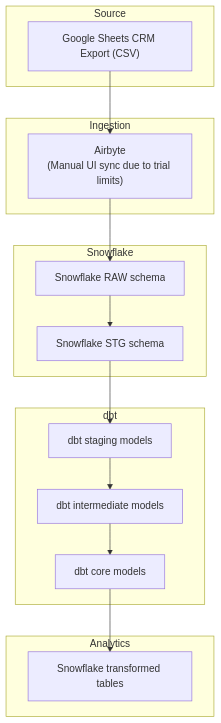
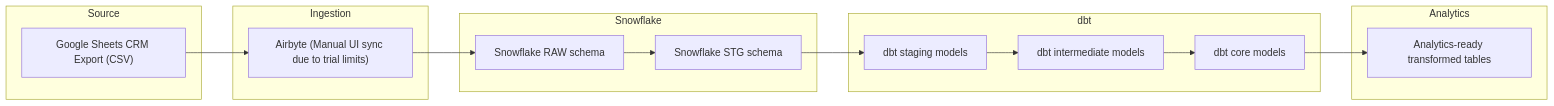
The diagram in README.md (scottjue21/CRM-sales), drawn with Mermaid before and after one commit.

````diff
--- a/README.md
+++ b/README.md
@@ -1,27 +1,35 @@
 ```mermaid
-flowchart TB
+flowchart LR
+
   subgraph Source
     gs["Google Sheets CRM Export (CSV)"]
   end
 
   subgraph Ingestion
-    airbyte["Airbyte\n(Manual UI sync due to trial limits)"]
+    airbyte["Airbyte (Manual UI sync due to trial limits)"]
   end
 
   subgraph Snowflake
     raw["Snowflake RAW schema"]
     stg["Snowflake STG schema"]
   end
 
   subgraph dbt
     dbt_stg["dbt staging models"]
     dbt_int["dbt intermediate models"]
     dbt_core["dbt core models"]
   end
 
   subgraph Analytics
-    analytics["Snowflake transformed tables"]
+    analytics["Analytics-ready transformed tables"]
   end
 
-  gs --> airbyte --> raw --> stg --> dbt_stg --> dbt_int --> dbt_core --> analytics
+  %% arrow flow outside subgraph blocks so titles stay clean
+  gs --> airbyte
+  airbyte --> raw
+  raw --> stg
+  stg --> dbt_stg
+  dbt_stg --> dbt_int
+  dbt_int --> dbt_core
+  dbt_core --> analytics
 ```
````
